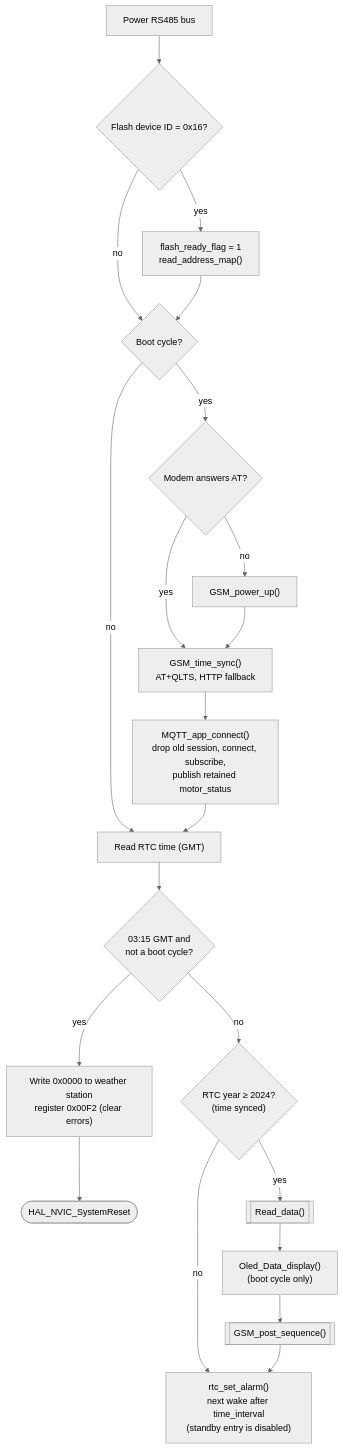
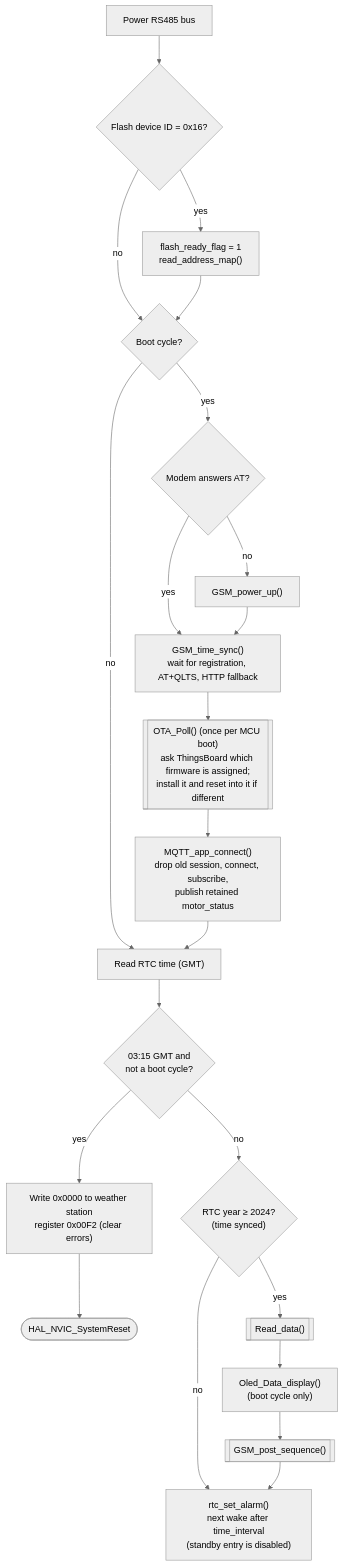
Before and after one commit to anushka-prajose-tih/Closed_Loop_Irrigation: the third of 7 diagrams in README.md, drawn with Mermaid (neutral theme). The commit also changed other lines of this file and 10 other files, not shown here.

````diff
--- a/README.md
+++ b/README.md
@@ -181,23 +182,24 @@
 ```mermaid
 flowchart TD
     A["Power RS485 bus"] --> B{"Flash device ID = 0x16?"}
     B -->|yes| C["flash_ready_flag = 1<br>read_address_map()"]
     B -->|no| D
     C --> D{"Boot cycle?"}
     D -->|yes| E{"Modem answers AT?"}
     E -->|no| F["GSM_power_up()"]
     E -->|yes| G
-    F --> G["GSM_time_sync()<br>AT+QLTS, HTTP fallback"]
-    G --> H["MQTT_app_connect()<br>drop old session, connect, subscribe,<br>publish retained motor_status"]
+    F --> G["GSM_time_sync()<br>wait for registration, AT+QLTS, HTTP fallback"]
+    G --> OTA[["OTA_Poll() (once per MCU boot)<br>ask ThingsBoard which firmware is assigned;<br>install it and reset into it if different"]]
+    OTA --> H["MQTT_app_connect()<br>drop old session, connect, subscribe,<br>publish retained motor_status"]
     D -->|no| I
     H --> I["Read RTC time (GMT)"]
     I --> J{"03:15 GMT and<br>not a boot cycle?"}
     J -->|yes| K["Write 0x0000 to weather station<br>register 0x00F2 (clear errors)"]
     K --> RST([HAL_NVIC_SystemReset])
     J -->|no| M{"RTC year ≥ 2024?<br>(time synced)"}
     M -->|no| Z
     M -->|yes| N[["Read_data()"]]
     N --> O["Oled_Data_display()<br>(boot cycle only)"]
     O --> Q[["GSM_post_sequence()"]]
     Q --> Z["rtc_set_alarm()<br>next wake after time_interval<br>(standby entry is disabled)"]
 ```
````
